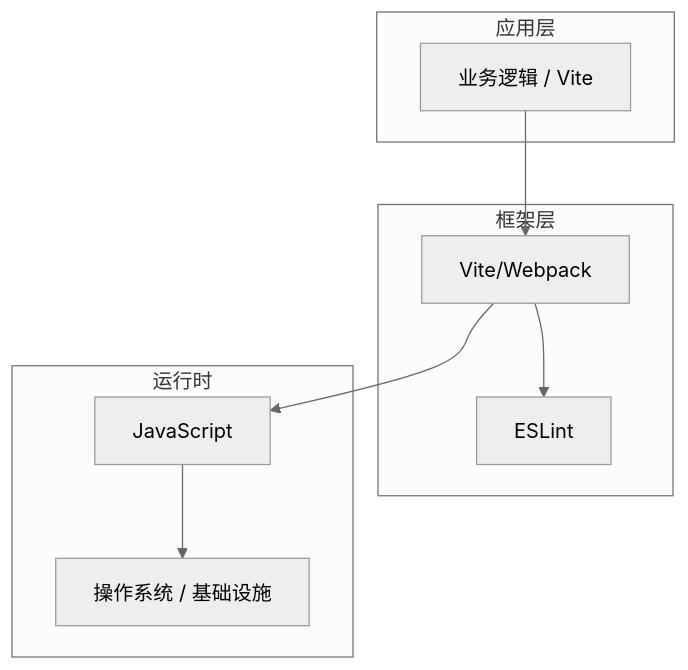
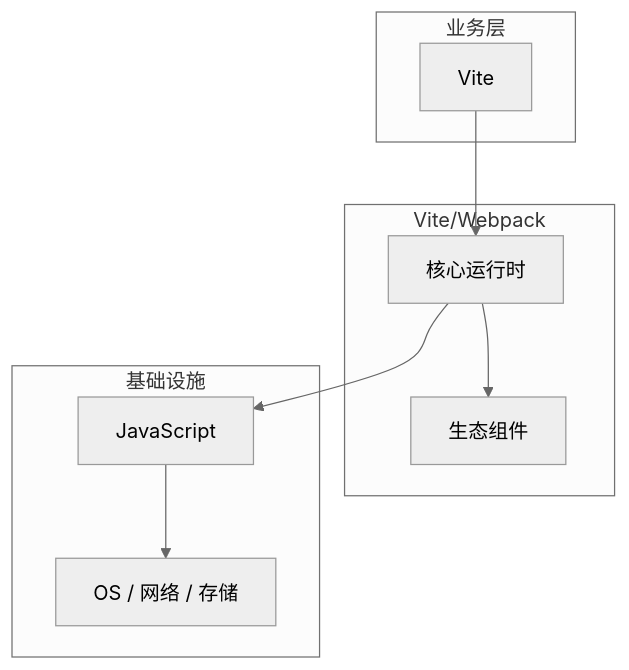
The diagram in articles/前端工程化/chapters/025-Vite核心概念与原理.md (yanggan2015/knowledge-json-v2), drawn with Mermaid (neutral theme) before and after one commit. The commit also changed other lines of this file and 10127 other files, not shown here.

````diff
--- a/articles/前端工程化/chapters/025-Vite核心概念与原理.md
+++ b/articles/前端工程化/chapters/025-Vite核心概念与原理.md
@@ -45,18 +34,18 @@
 ```mermaid
 graph TB
-    subgraph 应用层
-        A[业务逻辑 / Vite]
+    subgraph 业务层
+        A[Vite]
     end
-    subgraph 框架层
-        B[Vite/Webpack]
-        C[ESLint]
+    subgraph Vite/Webpack
+        B[核心运行时]
+        C[生态组件]
     end
-    subgraph 运行时
+    subgraph 基础设施
         D[JavaScript]
-        E[操作系统 / 基础设施]
+        E[OS / 网络 / 存储]
     end
     A --> B
     B --> C
     B --> D
     D --> E
 ```
````
